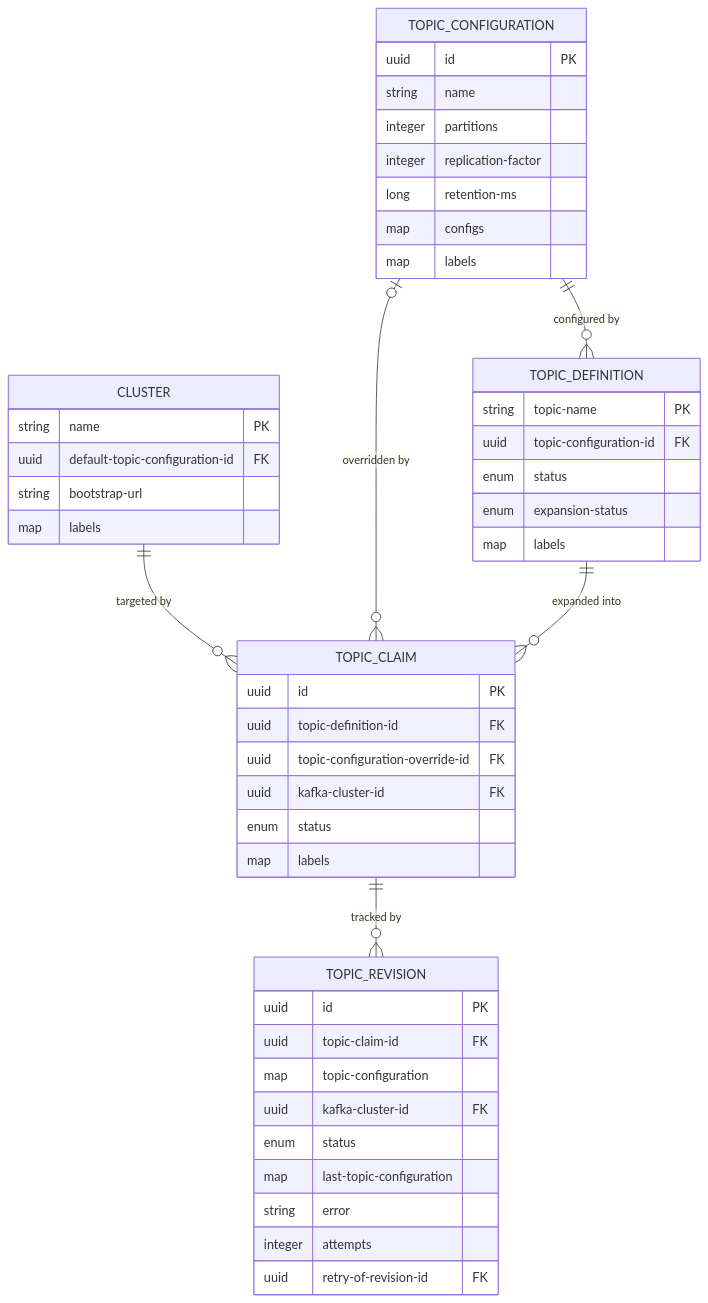
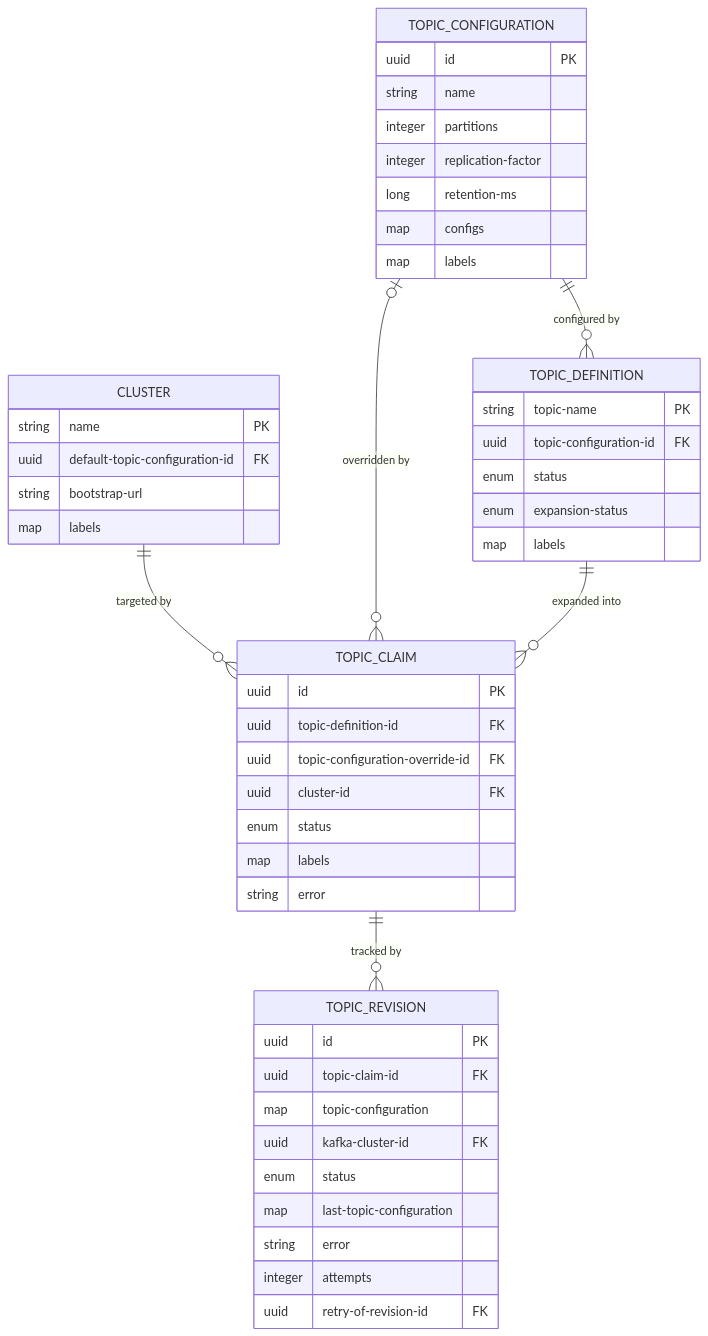
The first of 5 diagrams in 001-architecture-overview.md (KafkaMetamorphosis/docs), drawn with Mermaid before and after one commit. The commit also changed other lines of this file and 8 other files, not shown here.

````diff
--- a/001-architecture-overview.md
+++ b/001-architecture-overview.md
@@ -94,54 +95,55 @@
 ```mermaid
 erDiagram
     CLUSTER {
         string name PK
         uuid default-topic-configuration-id FK
         string bootstrap-url
         map labels
     }
 
     TOPIC_CONFIGURATION {
         uuid id PK
         string name
         integer partitions
         integer replication-factor
         long retention-ms
         map configs
         map labels
     }
 
     TOPIC_DEFINITION {
         string topic-name PK
         uuid topic-configuration-id FK
         enum status
         enum expansion-status
         map labels
     }
 
     TOPIC_CLAIM {
         uuid id PK
         uuid topic-definition-id FK
         uuid topic-configuration-override-id FK
-        uuid kafka-cluster-id FK
+        uuid cluster-id FK
         enum status
         map labels
+        string error
     }
 
     TOPIC_REVISION {
         uuid id PK
         uuid topic-claim-id FK
         map topic-configuration
         uuid kafka-cluster-id FK
         enum status
         map last-topic-configuration
         string error
         integer attempts
         uuid retry-of-revision-id FK
     }
 
     CLUSTER                ||--o{ TOPIC_CLAIM        : "targeted by"
     TOPIC_CONFIGURATION    ||--o{ TOPIC_DEFINITION   : "configured by"
     TOPIC_CONFIGURATION    |o--o{ TOPIC_CLAIM        : "overridden by"
     TOPIC_DEFINITION       ||--o{ TOPIC_CLAIM        : "expanded into"
     TOPIC_CLAIM            ||--o{ TOPIC_REVISION     : "tracked by"
 ```
````
